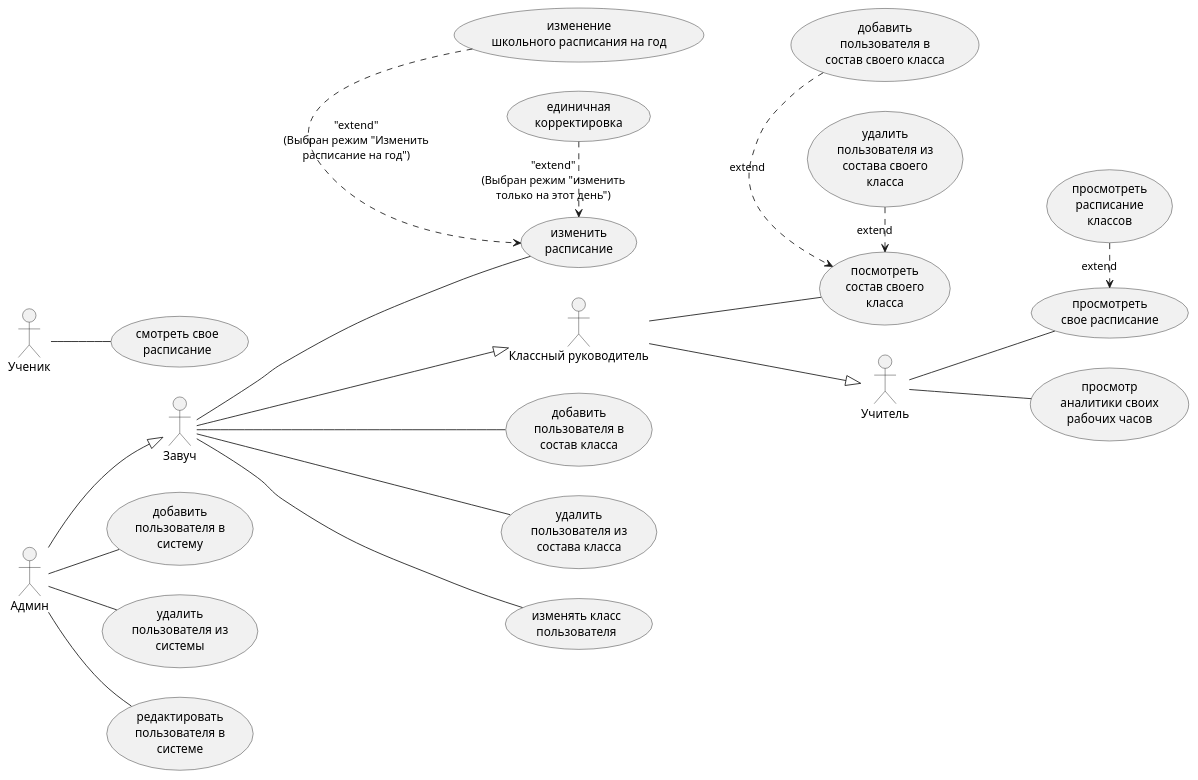
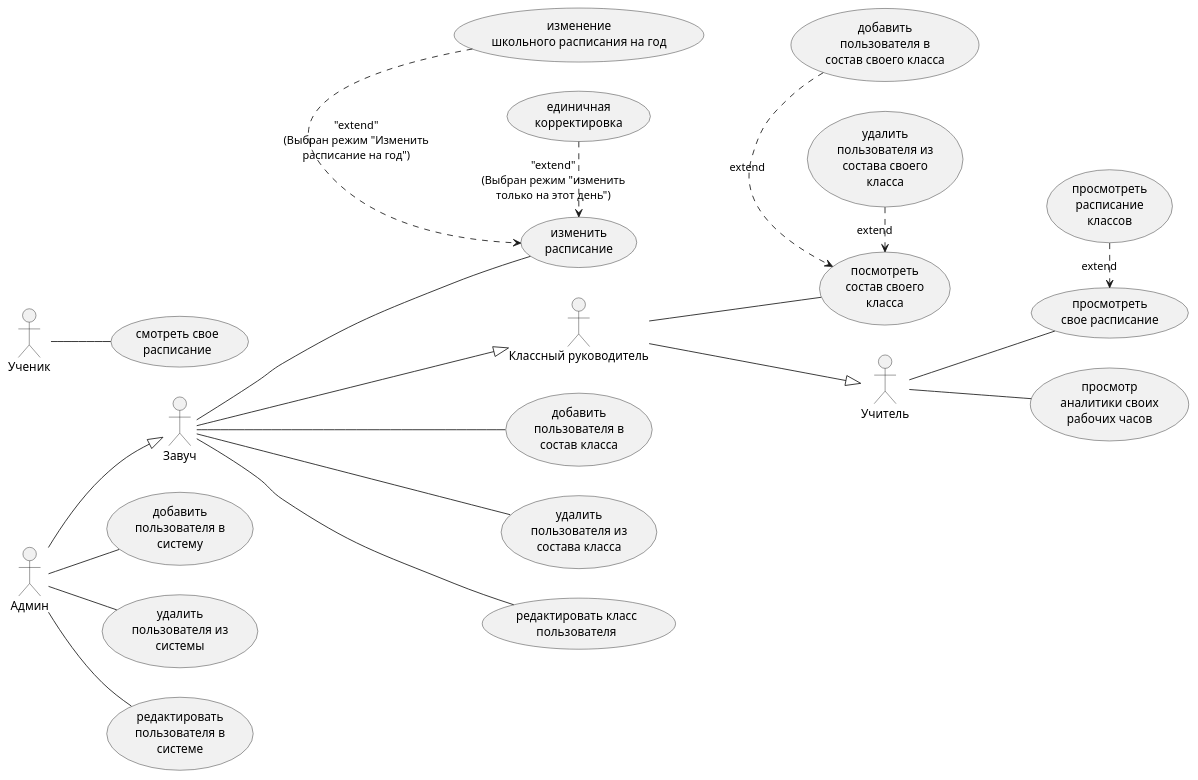
The diagram in project_name/docs/diagrams/use_case.puml (Tumbertoy/SystemOfSchoolShedule), drawn with PlantUML before and after one commit.

Commit message:
docs: update use_case diagram

```diff
--- a/project_name/docs/diagrams/use_case.puml
+++ b/project_name/docs/diagrams/use_case.puml
@@ -1,75 +1,75 @@
 @startuml
 ' Настройка стиля, чтобы диаграмма располагалась слева направо
 left to right direction
 
 ' Объявление актеров (Actors)
 actor "Админ" as admin
 actor "Завуч" as zavuch
 actor "Классный руководитель" as klass_ruk
 actor "Учитель" as teacher
 actor "Ученик" as student
 
 ' Иерархия актеров (Стрелки наследования)
 admin --|> zavuch
 zavuch --|> klass_ruk
 klass_ruk --|> teacher
 
 ' Права для Админа
 
 usecase "добавить\nпользователя в\nсистему" as uc_add_user
 usecase "удалить\nпользователя из\nсистемы" as uc_del_user
 usecase "редактировать\nпользователя в\nсистеме" as uc_edit_user
 
 ' Права для Завуча
 usecase "изменить\nрасписание" as uc_change_schedule
 usecase "единичная\nкорректировка" as uc_single_corr
 usecase "изменение\nшкольного расписания на год" as uc_curriculum_change
 
 usecase "добавить\nпользователя в\nсостав класса" as uc_add_to_class
 usecase "удалить\nпользователя из\nсостава класса" as uc_del_from_class
-usecase "изменять класс\nпользователя" as uc_change_user_class
+usecase "редактировать класс\nпользователя" as uc_change_user_class
 
 ' Права для Классного руководителя
 usecase "посмотреть\nсостав своего\nкласса" as uc_view_own_class
 usecase "добавить\nпользователя в\nсостав своего класса" as uc_add_to_own_class
 usecase "удалить\nпользователя из\nсостава своего\nкласса" as uc_del_from_own_class
 
 ' Права для Учителя
 usecase "просмотреть\nсвое расписание" as uc_view_schedule
 usecase "просмотреть\nрасписание\nклассов" as uc_view_class_schedule
 usecase "просмотр\nаналитики своих\nрабочих часов" as uc_view_analytics
 
 ' Права для Ученика
 usecase "смотреть свое\nрасписание" as uc_student_schedule
 
 ' --- СВЯЗИ И СТРЕЛКИ ---
 
 ' Связи Админа
 admin -- uc_add_user
 admin -- uc_del_user
 admin -- uc_edit_user
 
 ' Связи Завуча
 zavuch -- uc_change_schedule
 uc_single_corr .> uc_change_schedule : "extend"\n(Выбран режим "изменить\nтолько на этот день")
 uc_curriculum_change .> uc_change_schedule : "extend"\n(Выбран режим "Изменить\nрасписание на год")
 
 
 zavuch -- uc_add_to_class
 zavuch -- uc_del_from_class
 zavuch -- uc_change_user_class
 
 ' Связи Классного руководителя
 klass_ruk -- uc_view_own_class
 uc_add_to_own_class .> uc_view_own_class : "extend"
 uc_del_from_own_class .> uc_view_own_class : "extend"
 
 ' Связи Учителя
 teacher -- uc_view_schedule
 uc_view_class_schedule .> uc_view_schedule : "extend"
 teacher -- uc_view_analytics
 
 ' Связи Ученика
 student -- uc_student_schedule
 
 @enduml
```
